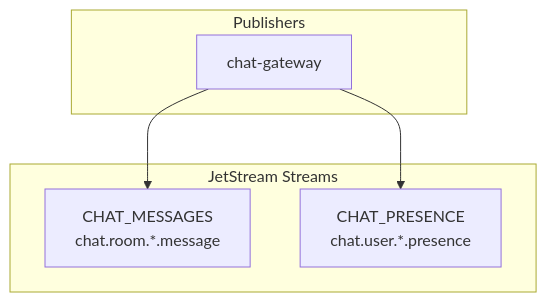
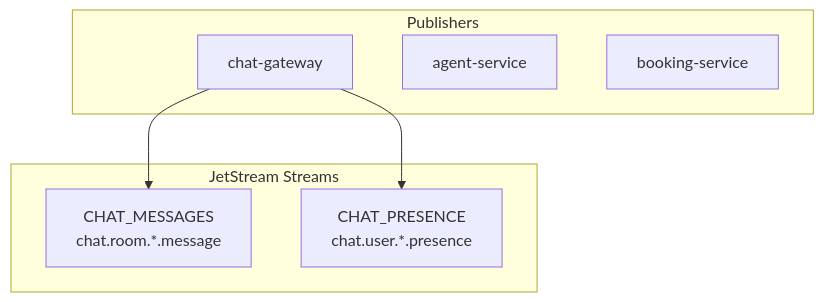
One commit to uniyous/parkgolf-platform changed diagram 20 of 37 in docs/workflow/CHAT.md. Above: the diagram before and after it, drawn with Mermaid. The commit also changed other lines of this file and 1 other file, not shown here.

````diff
--- a/docs/workflow/CHAT.md
+++ b/docs/workflow/CHAT.md
@@ -635,13 +669,15 @@
 ```mermaid
 flowchart TB
     subgraph Publishers["Publishers"]
         GW[chat-gateway]
+        AGENT[agent-service]
+        BOOK[booking-service]
     end
 
     subgraph Streams["JetStream Streams"]
         S1[CHAT_MESSAGES<br/>chat.room.*.message]
         S2[CHAT_PRESENCE<br/>chat.user.*.presence]
     end
 
     GW --> S1 & S2
 ```
````
